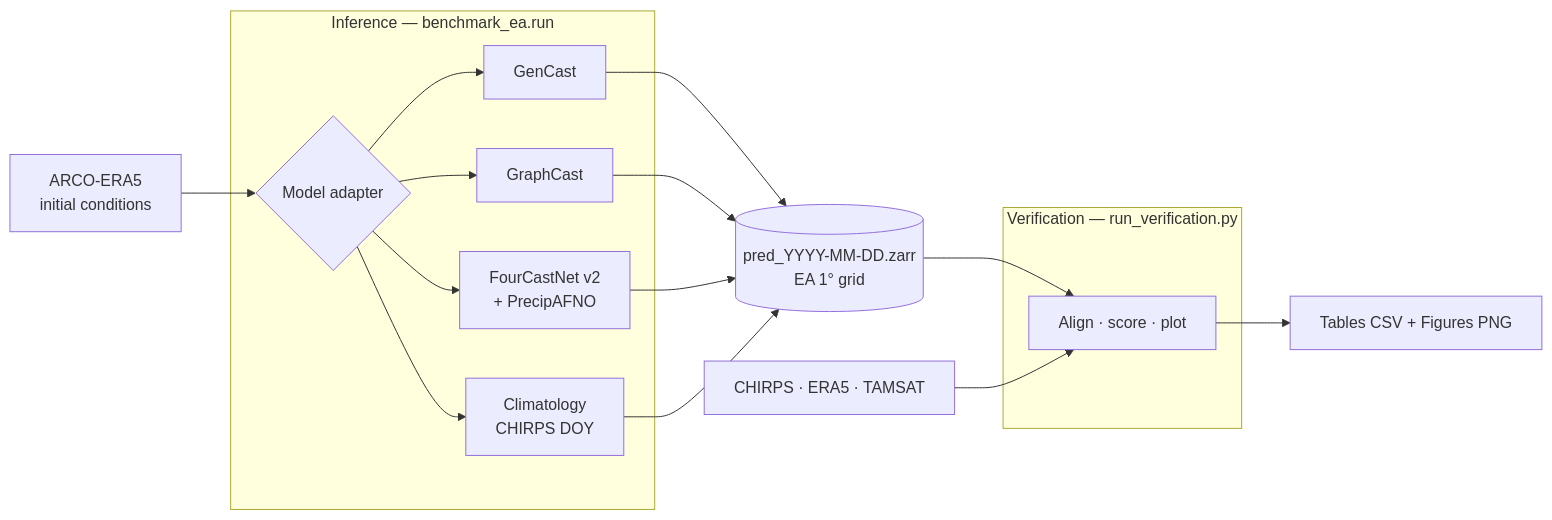
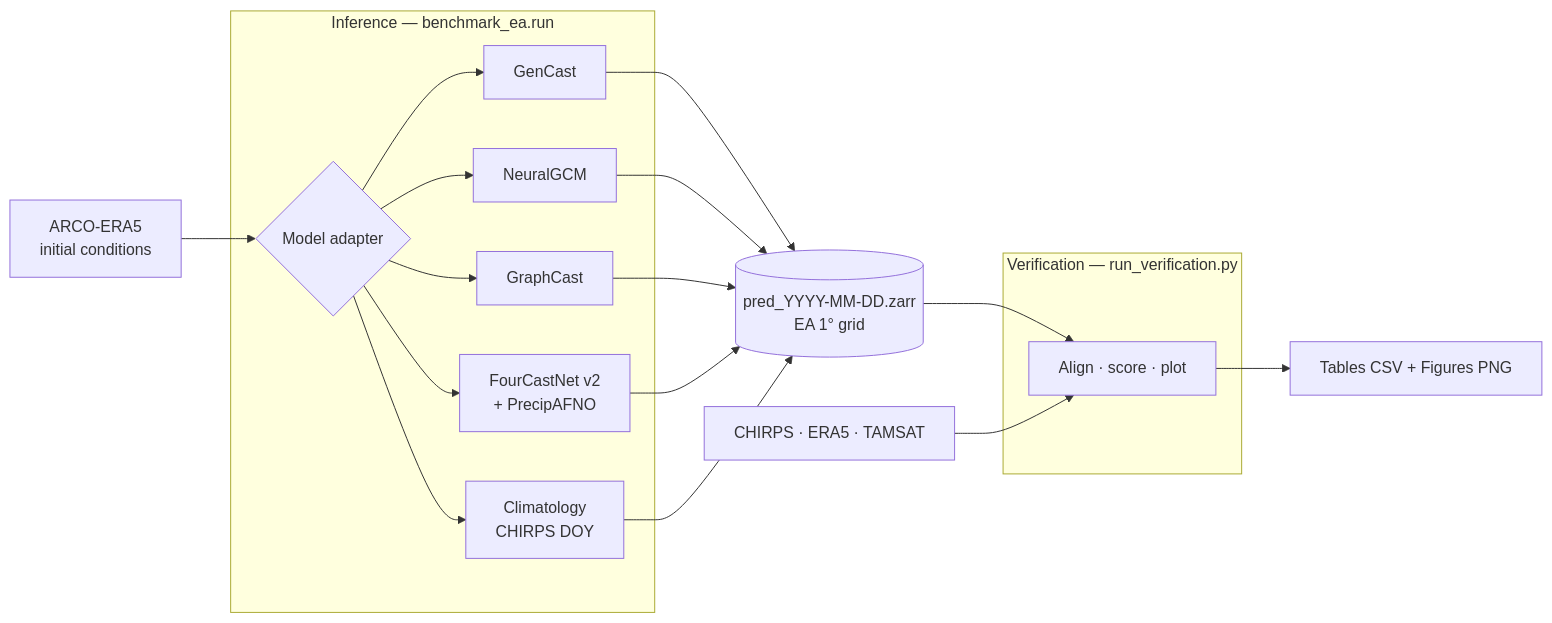
One commit to ayalaajil/Benchmark-EastAfrica changed the diagram in docs/pipeline.md. Above: the diagram before and after it, drawn with Mermaid. The commit also changed other lines of this file and 91 other files, not shown here.

````diff
--- a/docs/pipeline.md
+++ b/docs/pipeline.md
@@ -8,18 +8,19 @@
 ```mermaid
 flowchart LR
     A[ARCO-ERA5<br/>initial conditions] --> B
     subgraph INF[Inference — benchmark_ea.run]
         B{Model adapter}
         B --> G[GenCast]
+        B --> N[NeuralGCM]
         B --> H[GraphCast]
         B --> F[FourCastNet v2<br/>+ PrecipAFNO]
         B --> C[Climatology<br/>CHIRPS DOY]
     end
-    G & H & F & C --> Z[(pred_YYYY-MM-DD.zarr<br/>EA 1° grid)]
+    G & N & H & F & C --> Z[(pred_YYYY-MM-DD.zarr<br/>EA 1° grid)]
     Z --> V
     OBS[CHIRPS · ERA5 · TAMSAT] --> V
     subgraph VER[Verification — run_verification.py]
         V[Align · score · plot]
     end
     V --> R[Tables CSV + Figures PNG]
 ```
````
